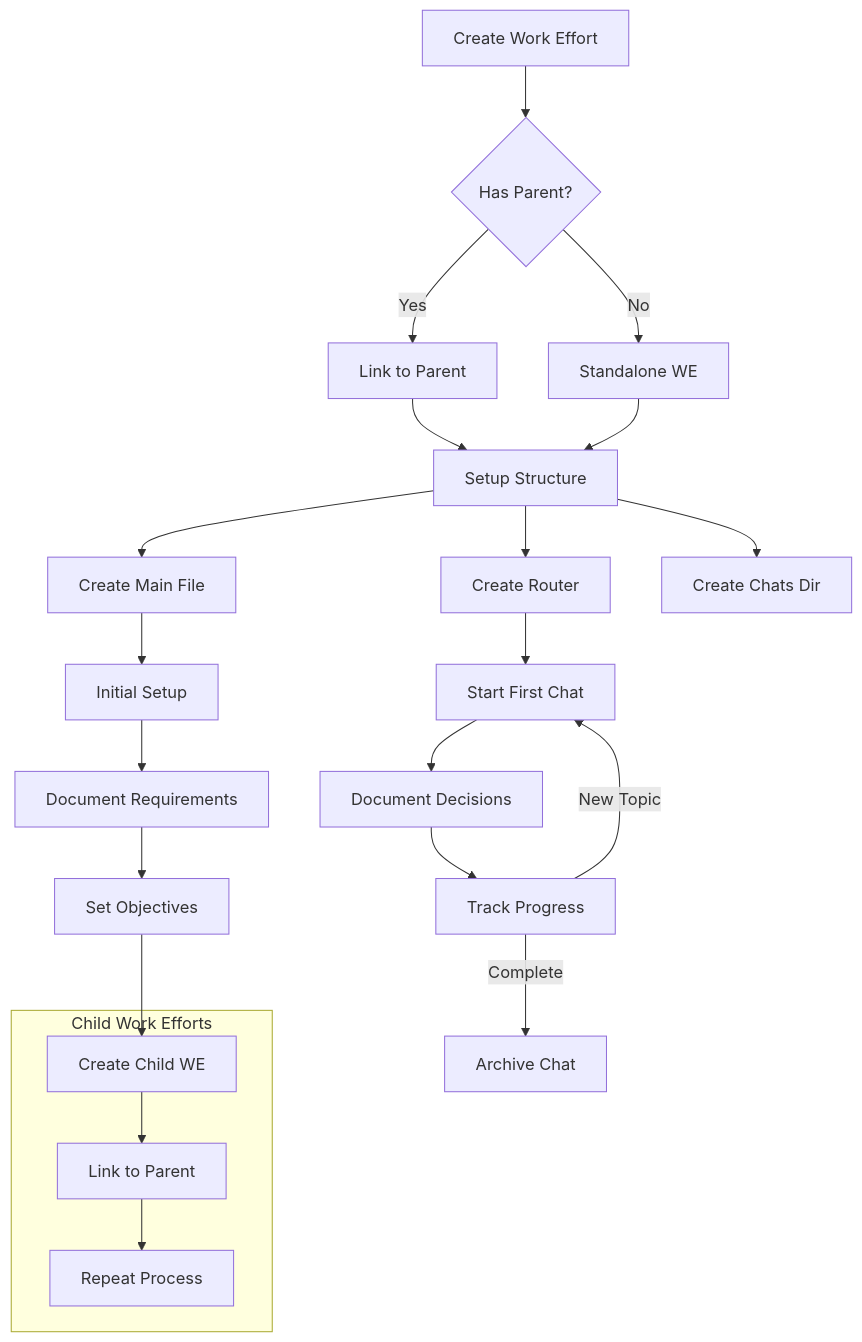
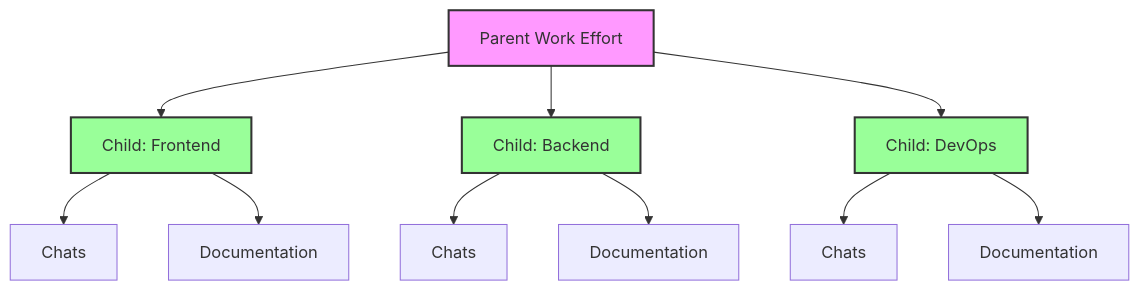
The second of 3 diagrams in content/Work Effort Implementation Guidelines.md (ctavolazzi/quartz), drawn with Mermaid before and after one commit. The commit also changed other lines of this file and 2 other files, not shown here.

````diff
--- a/content/Work Effort Implementation Guidelines.md
+++ b/content/Work Effort Implementation Guidelines.md
@@ -559,34 +215,20 @@
 ```mermaid
-flowchart TD
-    A[Create Work Effort] --> B{Has Parent?}
-    B -->|Yes| C[Link to Parent]
-    B -->|No| D[Standalone WE]
+graph TD
+    A[Parent Work Effort] --> B[Child: Frontend]
+    A --> C[Child: Backend]
+    A --> D[Child: DevOps]
 
-    C --> E[Setup Structure]
-    D --> E
+    B --> E[Chats]
+    B --> F[Documentation]
 
-    E --> F[Create Main File]
-    E --> G[Create Router]
-    E --> H[Create Chats Dir]
+    C --> G[Chats]
+    C --> H[Documentation]
 
-    F --> I[Initial Setup]
-    I --> J[Document Requirements]
-    J --> K[Set Objectives]
+    D --> I[Chats]
+    D --> J[Documentation]
 
-    G --> L[Start First Chat]
-    L --> M[Document Decisions]
-    M --> N[Track Progress]
-
-    N -->|New Topic| L
-    N -->|Complete| O[Archive Chat]
-
-    subgraph "Child Work Efforts"
-    P[Create Child WE]
-    Q[Link to Parent]
-    R[Repeat Process]
-    end
-
-    K --> P
-    P --> Q
-    Q --> R
+    style A fill:#f9f,stroke:#333,stroke-width:2px
+    style B fill:#9f9,stroke:#333,stroke-width:2px
+    style C fill:#9f9,stroke:#333,stroke-width:2px
+    style D fill:#9f9,stroke:#333,stroke-width:2px
 ```
````
